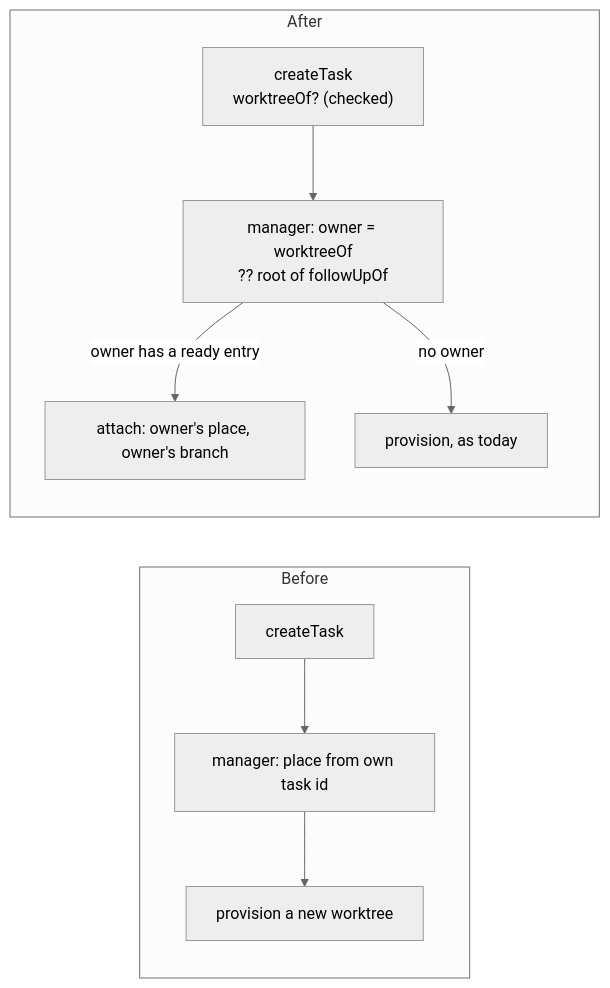
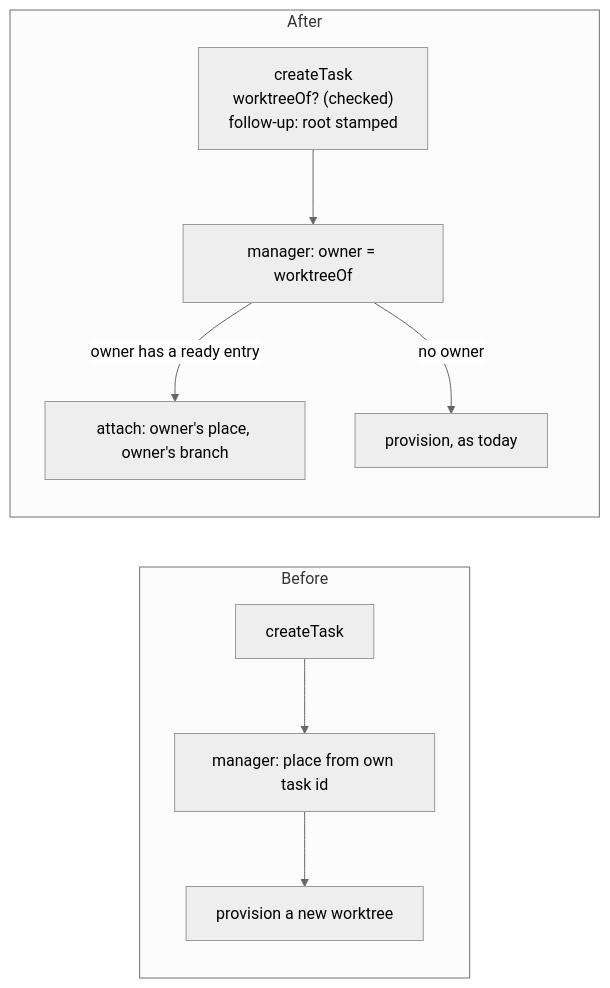
One commit to fixpoint-labs/flow-state-dev changed the second of 2 diagrams in specs/issues/FIX-2659/SPEC.md. Above: the diagram before and after it, drawn with Mermaid (neutral theme). The commit also changed other lines of this file and 1 other file, not shown here.

First line of the commit message:
docs(spec): FIX-2659 keep the follow-up default out of the harness manager

````diff
--- a/specs/issues/FIX-2659/SPEC.md
+++ b/specs/issues/FIX-2659/SPEC.md
@@ -65,11 +66,11 @@
 ```mermaid
 flowchart LR
   subgraph before["Before"]
     F1["createTask"] --> M1["manager: place from own task id"] --> P1["provision a new worktree"]
   end
   subgraph after["After"]
-    F2["createTask<br/>worktreeOf? (checked)"] --> M2["manager: owner = worktreeOf<br/>?? root of followUpOf"]
+    F2["createTask<br/>worktreeOf? (checked)<br/>follow-up: root stamped"] --> M2["manager: owner = worktreeOf"]
     M2 -->|"owner has a ready entry"| AT["attach: owner's place, owner's branch"]
     M2 -->|"no owner"| P2["provision, as today"]
   end
 ```
````
